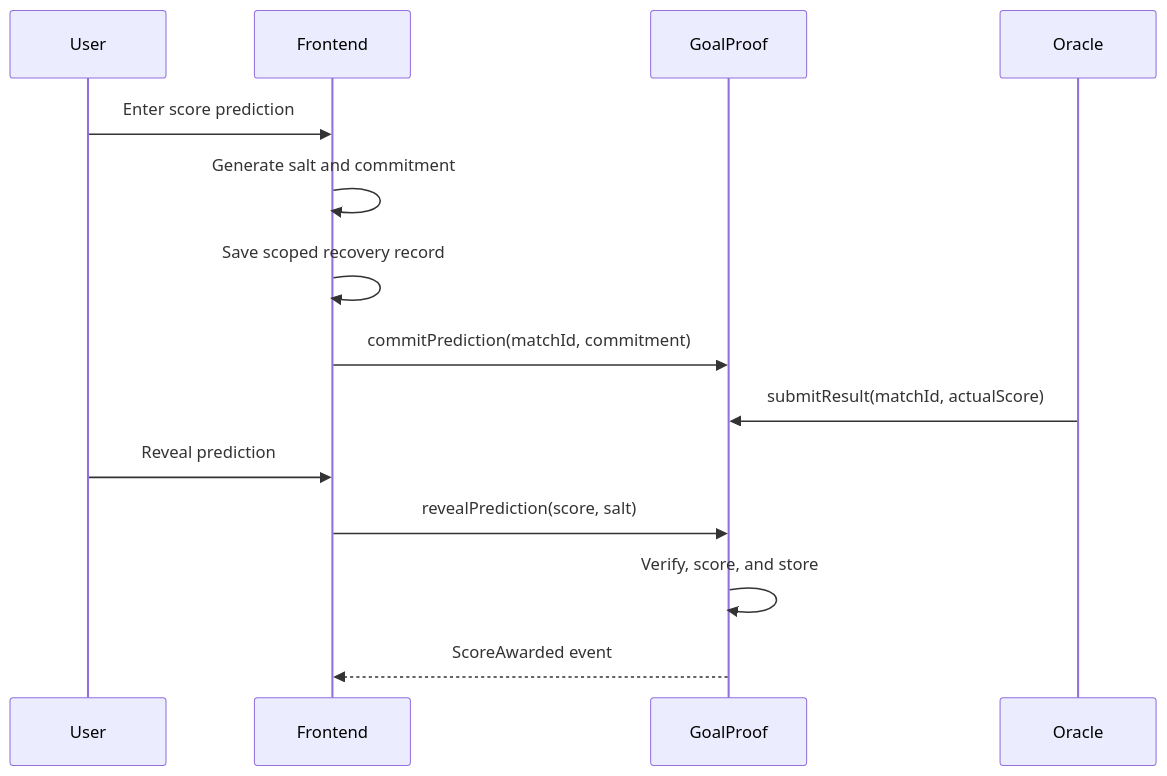
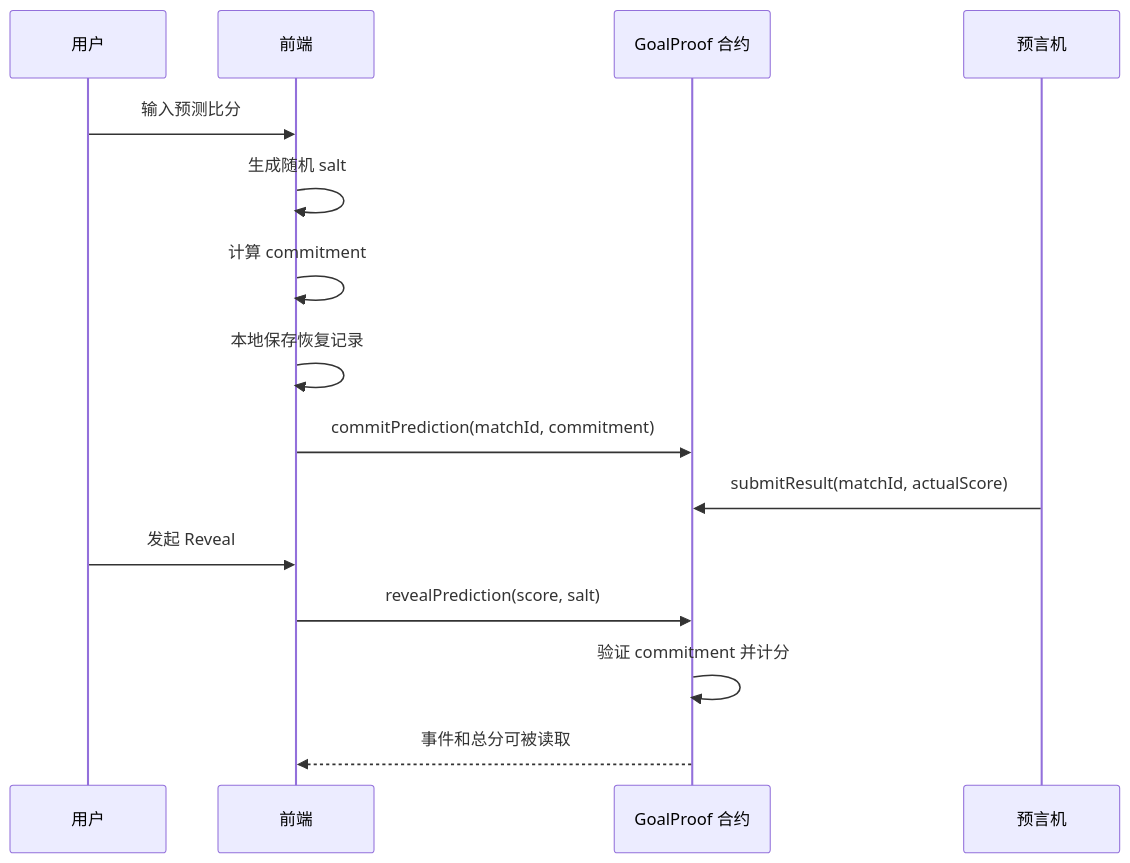
The second of 2 diagrams in docs/ARCHITECTURE.md (actmaoweihao/GoalProof_WD_CUP), drawn with Mermaid before and after one commit. The commit also changed other lines of this file and 41 other files, not shown here.

````diff
--- a/docs/ARCHITECTURE.md
+++ b/docs/ARCHITECTURE.md
@@ -21,16 +45,18 @@
 ```mermaid
 sequenceDiagram
-    participant U as User
-    participant F as Frontend
-    participant C as GoalProof
-    participant O as Oracle
-    U->>F: Enter score prediction
-    F->>F: Generate salt and commitment
-    F->>F: Save scoped recovery record
+    participant U as 用户
+    participant F as 前端
+    participant C as GoalProof 合约
+    participant O as 预言机
+
+    U->>F: 输入预测比分
+    F->>F: 生成随机 salt
+    F->>F: 计算 commitment
+    F->>F: 本地保存恢复记录
     F->>C: commitPrediction(matchId, commitment)
     O->>C: submitResult(matchId, actualScore)
-    U->>F: Reveal prediction
+    U->>F: 发起 Reveal
     F->>C: revealPrediction(score, salt)
-    C->>C: Verify, score, and store
-    C-->>F: ScoreAwarded event
+    C->>C: 验证 commitment 并计分
+    C-->>F: 事件和总分可被读取
 ```
````
